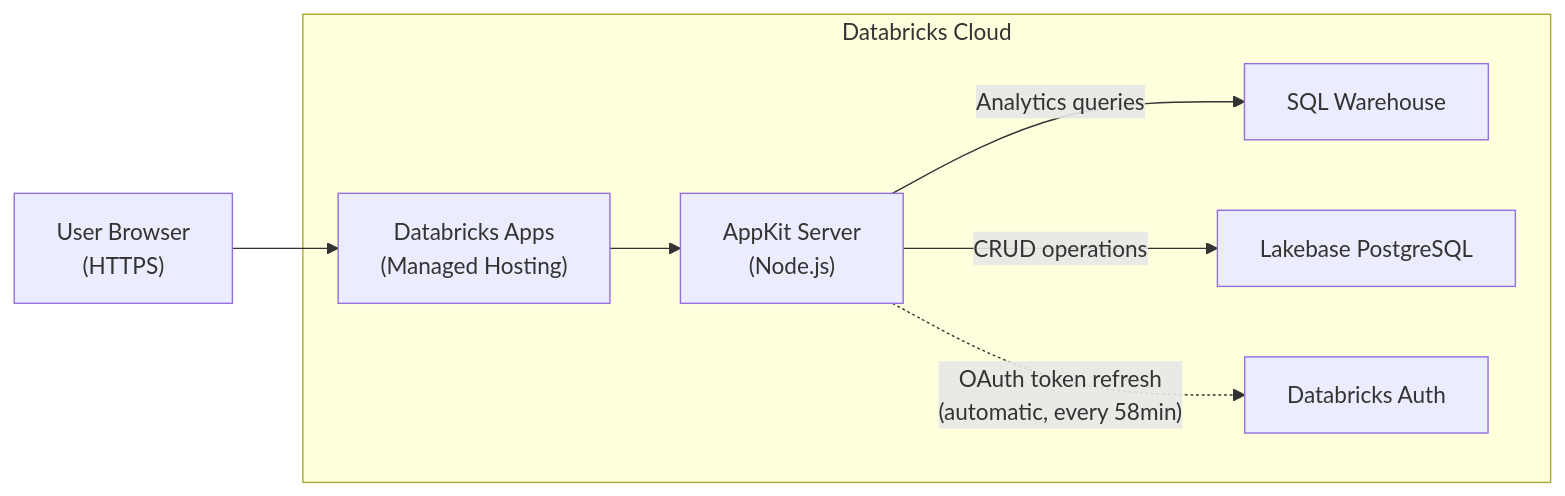
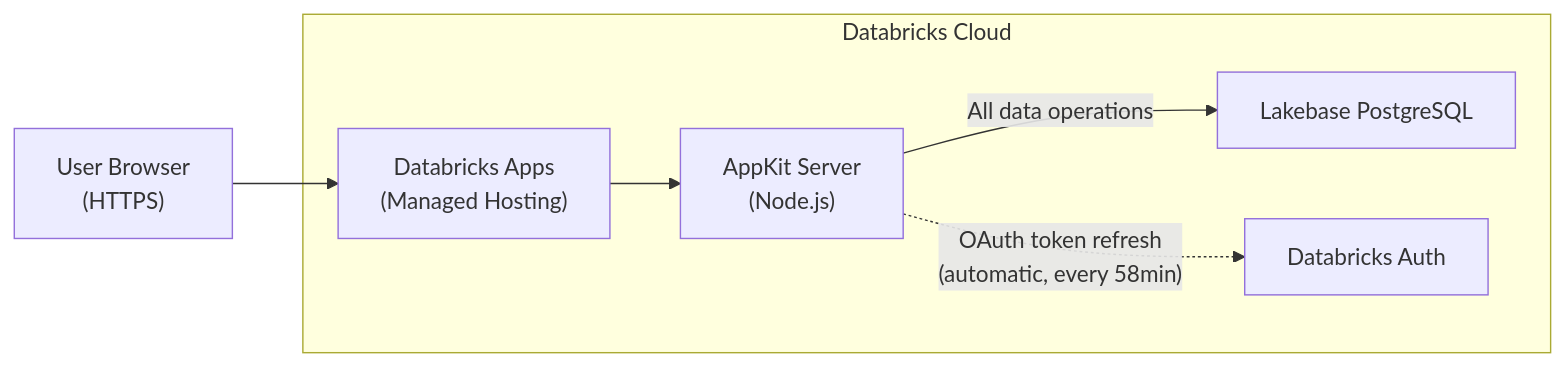
Before and after one commit to databricks-solutions/vibe-coding-workshop-template: the fourth of 4 diagrams in apps_lakebase/Instructions.md, drawn with Mermaid. The commit also changed other lines of this file and 27 other files, not shown here.

````diff
--- a/apps_lakebase/Instructions.md
+++ b/apps_lakebase/Instructions.md
@@ -1428,16 +1611,14 @@
 ```mermaid
 graph LR
     User["User Browser<br/>(HTTPS)"] --> DatabricksApps["Databricks Apps<br/>(Managed Hosting)"]
     DatabricksApps --> AppKit["AppKit Server<br/>(Node.js)"]
-    AppKit -->|"Analytics queries"| SQLWarehouse["SQL Warehouse"]
-    AppKit -->|"CRUD operations"| Lakebase["Lakebase PostgreSQL"]
+    AppKit -->|"All data operations"| Lakebase["Lakebase PostgreSQL"]
     AppKit -.->|"OAuth token refresh<br/>(automatic, every 58min)"| TokenService["Databricks Auth"]
 
     subgraph cloud [Databricks Cloud]
         DatabricksApps
         AppKit
-        SQLWarehouse
         Lakebase
         TokenService
     end
 ```
````
